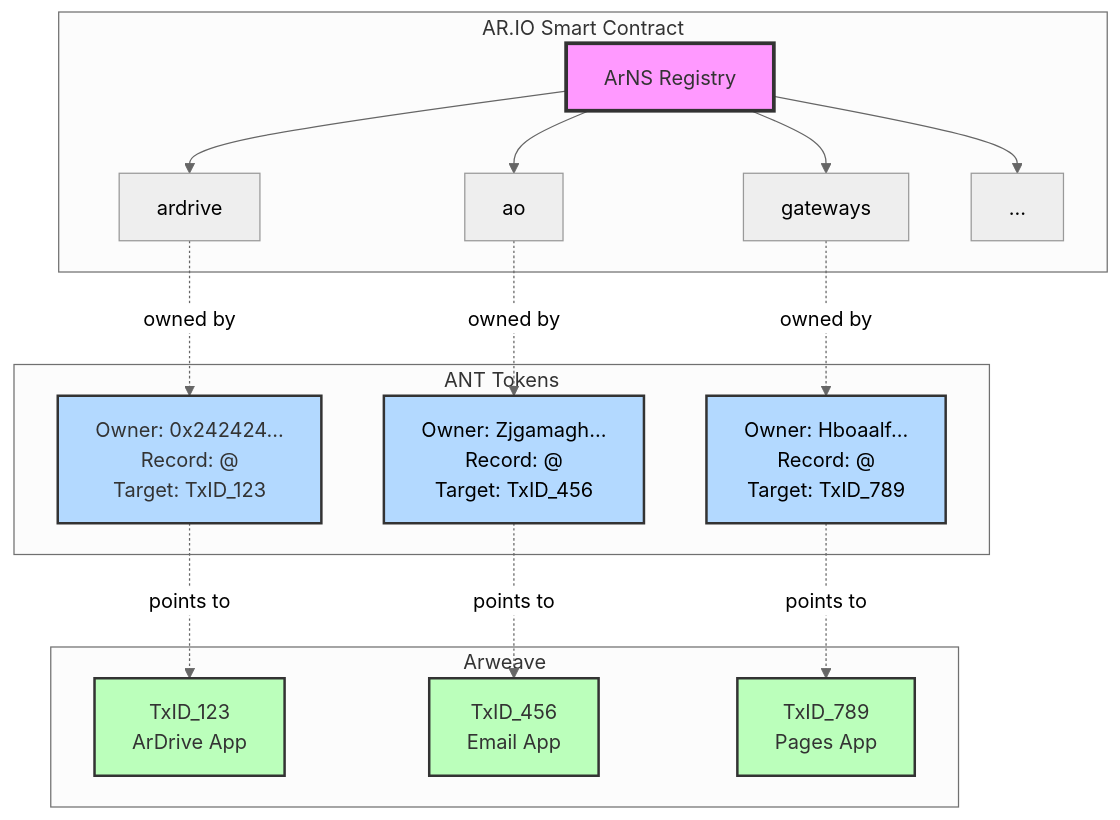
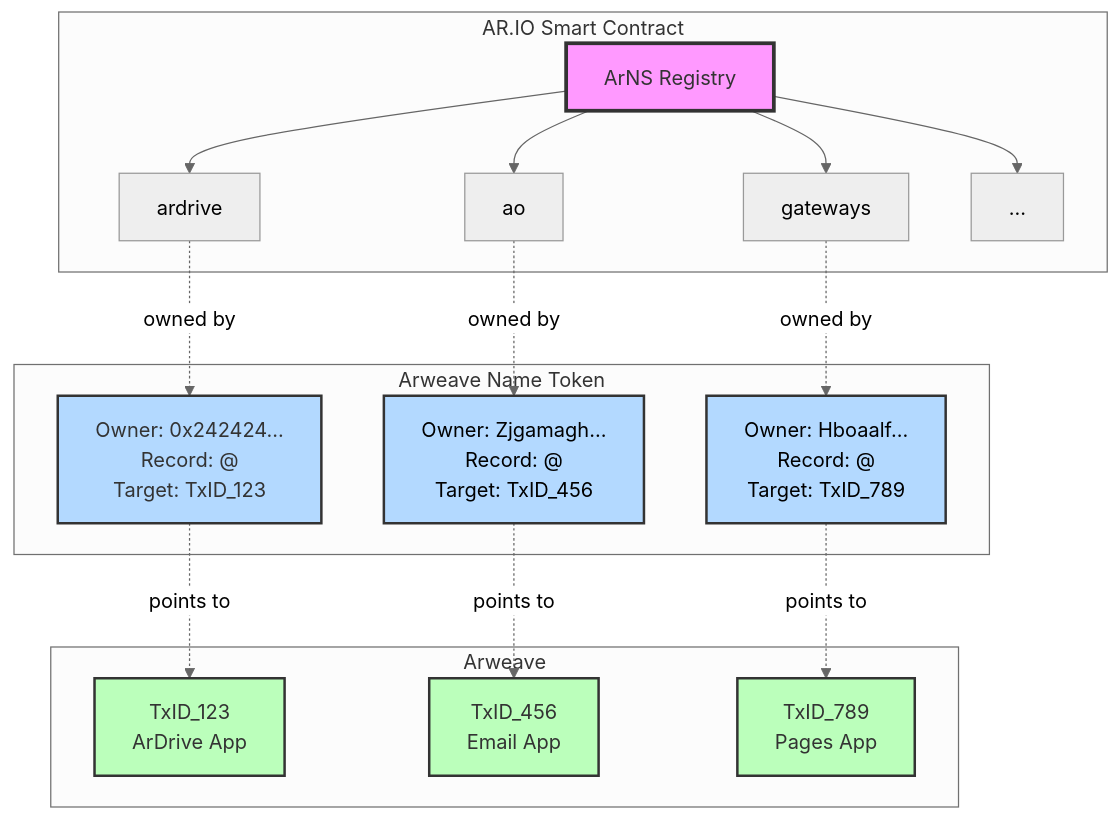
One commit to ar-io/docs changed the first of 2 diagrams in content/learn/arns/index.mdx. Above: the diagram before and after it, drawn with Mermaid (neutral theme). The commit also changed other lines of this file and 5 other files, not shown here.

Commit message:
chore: updated references to "ANT Tokens" to Arweave Name Tokens or ANTs

````diff
--- a/content/learn/arns/index.mdx
+++ b/content/learn/arns/index.mdx
@@ -23,30 +23,30 @@
 ```mermaid
 graph TB
     subgraph "AR.IO Smart Contract"
         Registry[ArNS Registry]
         Registry --> Name1[ardrive]
         Registry --> Name2[ao]
         Registry --> Name3[gateways]
         Registry --> NameN[...]
     end
-    
-    subgraph "ANT Tokens"
+
+    subgraph "Arweave Name Token"
         Name1 -.->|owned by| ANT1[Owner: 0x242424...<br/>Record: @<br/>Target: TxID_123]
         Name2 -.->|owned by| ANT2[Owner: Zjgamagh...<br/>Record: @<br/>Target: TxID_456]
         Name3 -.->|owned by| ANT3[Owner: Hboaalf...<br/>Record: @<br/>Target: TxID_789]
     end
-    
+
     subgraph "Arweave"
         ANT1 -.->|points to| TX1[TxID_123<br/>ArDrive App]
         ANT2 -.->|points to| TX2[TxID_456<br/>Email App]
         ANT3 -.->|points to| TX3[TxID_789<br/>Pages App]
     end
-    
+
     style Registry fill:#f9f,stroke:#333,stroke-width:3px,color:#333
     style ANT1 fill:#b3d9ff,stroke:#333,stroke-width:2px,color:#333
     style ANT2 fill:#b3d9ff,stroke:#333,stroke-width:2px
     style ANT3 fill:#b3d9ff,stroke:#333,stroke-width:2px
     style TX1 fill:#bfb,stroke:#333,stroke-width:2px,color:#333
     style TX2 fill:#bfb,stroke:#333,stroke-width:2px,color:#333
     style TX3 fill:#bfb,stroke:#333,stroke-width:2px,color:#333
 ```
````
